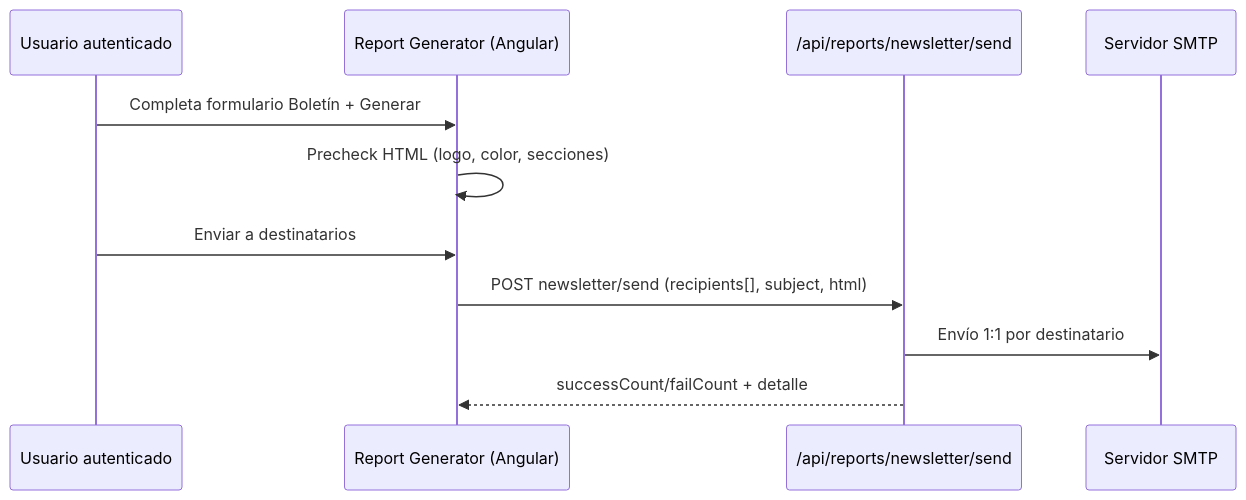
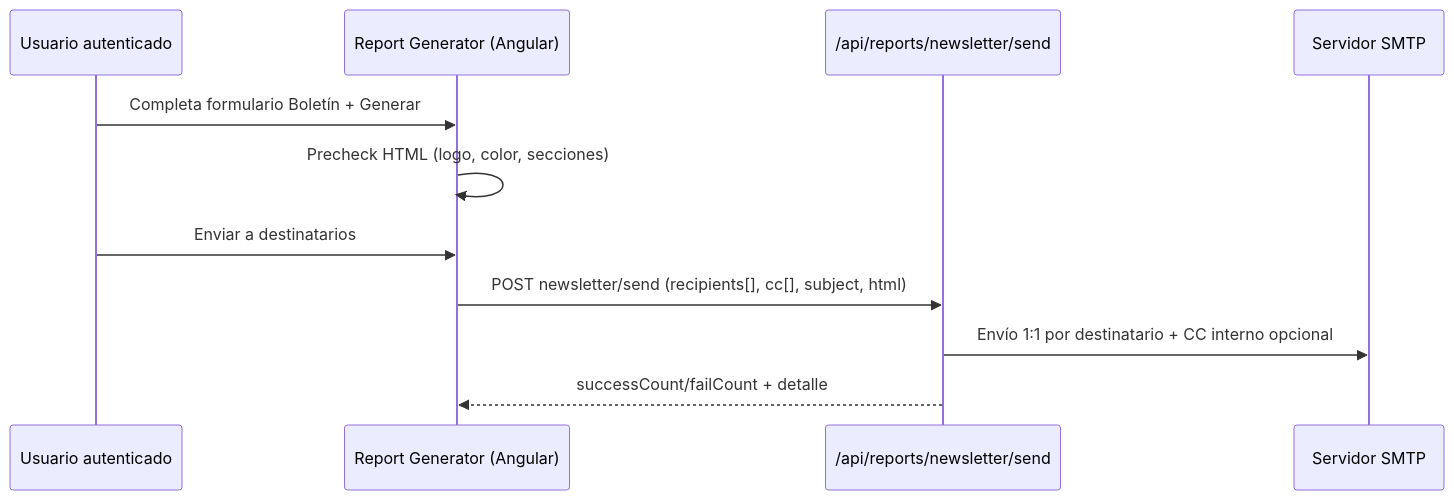
The fifth of 10 diagrams in docs/ARCHITECTURE.md (athomo001/BitacoraSOC), drawn with Mermaid before and after one commit. The commit also changed 22 other files, not shown here.

````diff
--- a/docs/ARCHITECTURE.md
+++ b/docs/ARCHITECTURE.md
@@ -91,14 +91,14 @@
 ```mermaid
 sequenceDiagram
   participant U as Usuario autenticado
   participant FE as Report Generator (Angular)
   participant API as /api/reports/newsletter/send
   participant SMTP as Servidor SMTP
 
   U->>FE: Completa formulario Boletín + Generar
   FE->>FE: Precheck HTML (logo, color, secciones)
   U->>FE: Enviar a destinatarios
-  FE->>API: POST newsletter/send (recipients[], subject, html)
-  API->>SMTP: Envío 1:1 por destinatario
+  FE->>API: POST newsletter/send (recipients[], cc[], subject, html)
+  API->>SMTP: Envío 1:1 por destinatario + CC interno opcional
   API-->>FE: successCount/failCount + detalle
 ```
````
